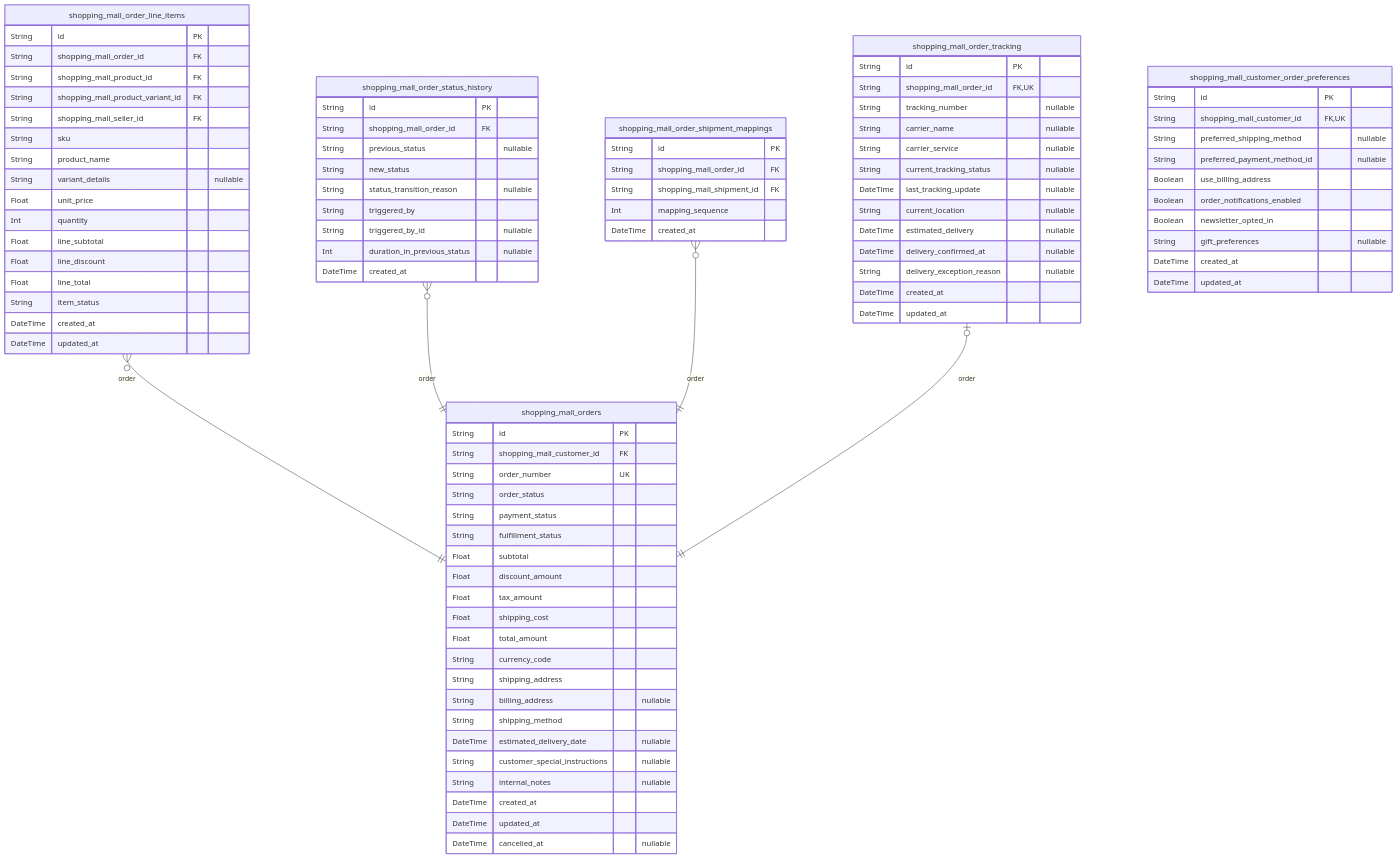
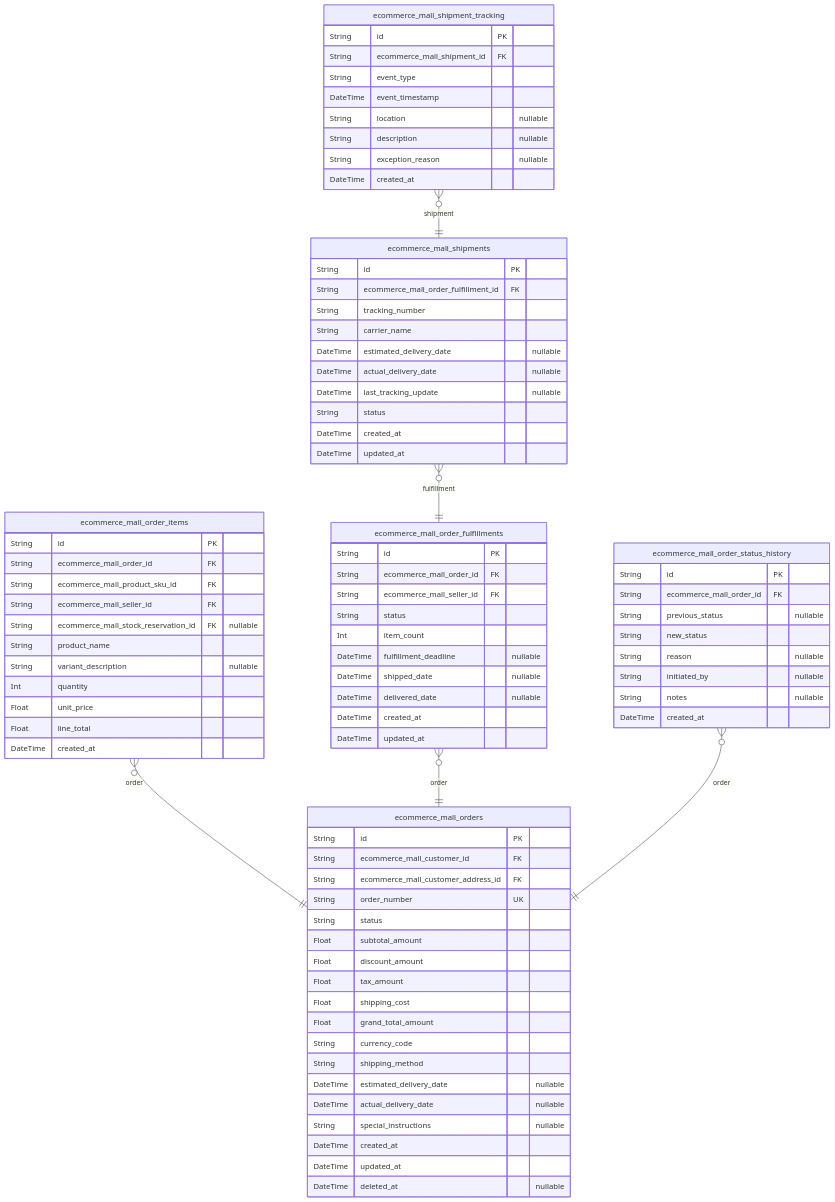
One commit to wrtnlabs/autobe-examples changed the sixth of 11 diagrams in anthropic/claude-haiku-4.5/shopping/docs/ERD.md. Above: the diagram before and after it, drawn with Mermaid. The commit also changed other lines of this file and 22498 other files, not shown here.

````diff
--- a/anthropic/claude-haiku-4.5/shopping/docs/ERD.md
+++ b/anthropic/claude-haiku-4.5/shopping/docs/ERD.md
@@ -2099,93 +2230,85 @@
 ```mermaid
 erDiagram
-"shopping_mall_orders" {
+"ecommerce_mall_orders" {
   String id PK
-  String shopping_mall_customer_id FK
+  String ecommerce_mall_customer_id FK
+  String ecommerce_mall_customer_address_id FK
   String order_number UK
-  String order_status
-  String payment_status
-  String fulfillment_status
-  Float subtotal
+  String status
+  Float subtotal_amount
   Float discount_amount
   Float tax_amount
   Float shipping_cost
-  Float total_amount
+  Float grand_total_amount
   String currency_code
-  String shipping_address
-  String billing_address "nullable"
   String shipping_method
   DateTime estimated_delivery_date "nullable"
-  String customer_special_instructions "nullable"
-  String internal_notes "nullable"
+  DateTime actual_delivery_date "nullable"
+  String special_instructions "nullable"
   DateTime created_at
   DateTime updated_at
-  DateTime cancelled_at "nullable"
+  DateTime deleted_at "nullable"
 }
-"shopping_mall_order_line_items" {
+"ecommerce_mall_order_items" {
   String id PK
-  String shopping_mall_order_id FK
-  String shopping_mall_product_id FK
-  String shopping_mall_product_variant_id FK
-  String shopping_mall_seller_id FK
-  String sku
+  String ecommerce_mall_order_id FK
+  String ecommerce_mall_product_sku_id FK
+  String ecommerce_mall_seller_id FK
+  String ecommerce_mall_stock_reservation_id FK "nullable"
   String product_name
-  String variant_details "nullable"
+  String variant_description "nullable"
+  Int quantity
   Float unit_price
-  Int quantity
-  Float line_subtotal
-  Float line_discount
   Float line_total
-  String item_status
+  DateTime created_at
+}
+"ecommerce_mall_order_fulfillments" {
+  String id PK
+  String ecommerce_mall_order_id FK
+  String ecommerce_mall_seller_id FK
+  String status
+  Int item_count
+  DateTime fulfillment_deadline "nullable"
+  DateTime shipped_date "nullable"
+  DateTime delivered_date "nullable"
   DateTime created_at
   DateTime updated_at
 }
-"shopping_mall_order_status_history" {
+"ecommerce_mall_shipments" {
   String id PK
-  String shopping_mall_order_id FK
-  String previous_status "nullable"
-  String new_status
-  String status_transition_reason "nullable"
-  String triggered_by
-  String triggered_by_id "nullable"
-  Int duration_in_previous_status "nullable"
-  DateTime created_at
-}
-"shopping_mall_order_shipment_mappings" {
-  String id PK
-  String shopping_mall_order_id FK
-  String shopping_mall_shipment_id FK
-  Int mapping_sequence
-  DateTime created_at
-}
-"shopping_mall_order_tracking" {
-  String id PK
-  String shopping_mall_order_id FK,UK
-  String tracking_number "nullable"
-  String carrier_name "nullable"
-  String carrier_service "nullable"
-  String current_tracking_status "nullable"
+  String ecommerce_mall_order_fulfillment_id FK
+  String tracking_number
+  String carrier_name
+  DateTime estimated_delivery_date "nullable"
+  DateTime actual_delivery_date "nullable"
   DateTime last_tracking_update "nullable"
-  String current_location "nullable"
-  DateTime estimated_delivery "nullable"
-  DateTime delivery_confirmed_at "nullable"
-  String delivery_exception_reason "nullable"
+  String status
   DateTime created_at
   DateTime updated_at
 }
-"shopping_mall_customer_order_preferences" {
+"ecommerce_mall_shipment_tracking" {
   String id PK
-  String shopping_mall_customer_id FK,UK
-  String preferred_shipping_method "nullable"
-  String preferred_payment_method_id "nullable"
-  Boolean use_billing_address
-  Boolean order_notifications_enabled
-  Boolean newsletter_opted_in
-  String gift_preferences "nullable"
+  String ecommerce_mall_shipment_id FK
+  String event_type
+  DateTime event_timestamp
+  String location "nullable"
+  String description "nullable"
+  String exception_reason "nullable"
   DateTime created_at
-  DateTime updated_at
 }
-"shopping_mall_order_line_items" }o--|| "shopping_mall_orders" : order
-"shopping_mall_order_status_history" }o--|| "shopping_mall_orders" : order
-"shopping_mall_order_shipment_mappings" }o--|| "shopping_mall_orders" : order
-"shopping_mall_order_tracking" |o--|| "shopping_mall_orders" : order
+"ecommerce_mall_order_status_history" {
+  String id PK
+  String ecommerce_mall_order_id FK
+  String previous_status "nullable"
+  String new_status
+  String reason "nullable"
+  String initiated_by "nullable"
+  String notes "nullable"
+  DateTime created_at
+}
+"ecommerce_mall_order_items" }o--|| "ecommerce_mall_orders" : order
+"ecommerce_mall_order_fulfillments" }o--|| "ecommerce_mall_orders" : order
+"ecommerce_mall_shipments" }o--|| "ecommerce_mall_order_fulfillments" : fulfillment
+"ecommerce_mall_shipment_tracking" }o--|| "ecommerce_mall_shipments" : shipment
+"ecommerce_mall_order_status_history" }o--|| "ecommerce_mall_orders" : order
 ```
````
